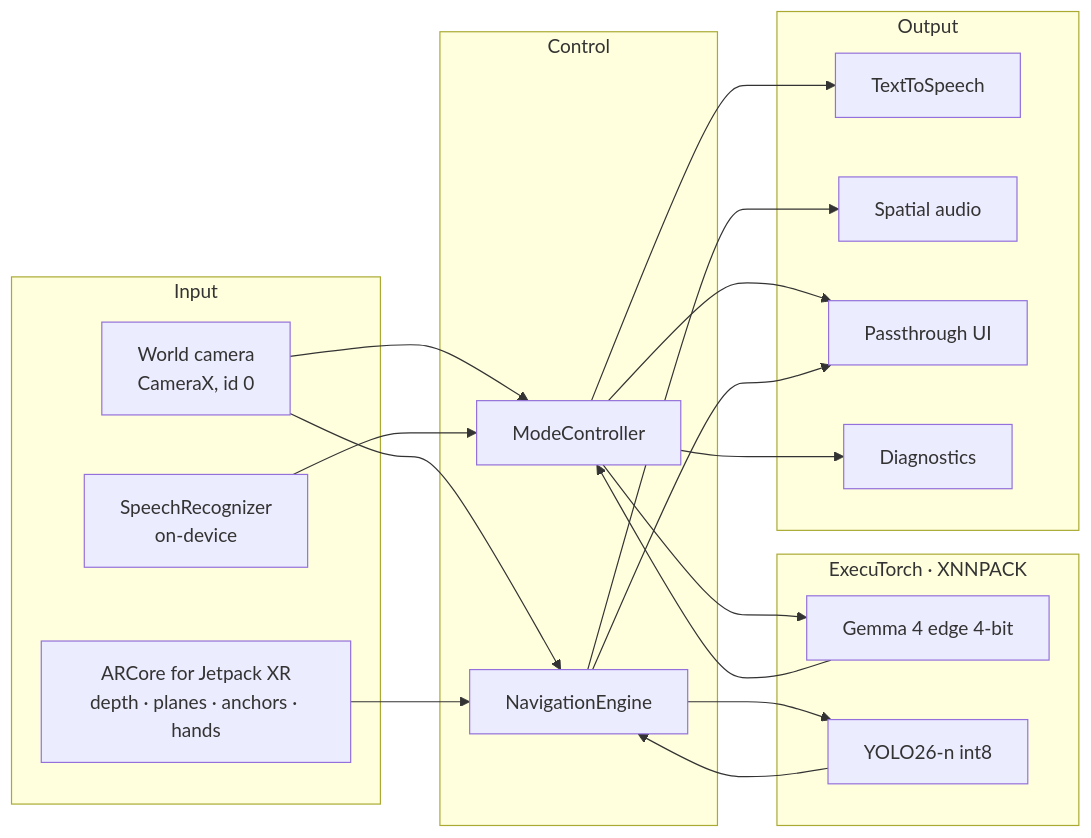
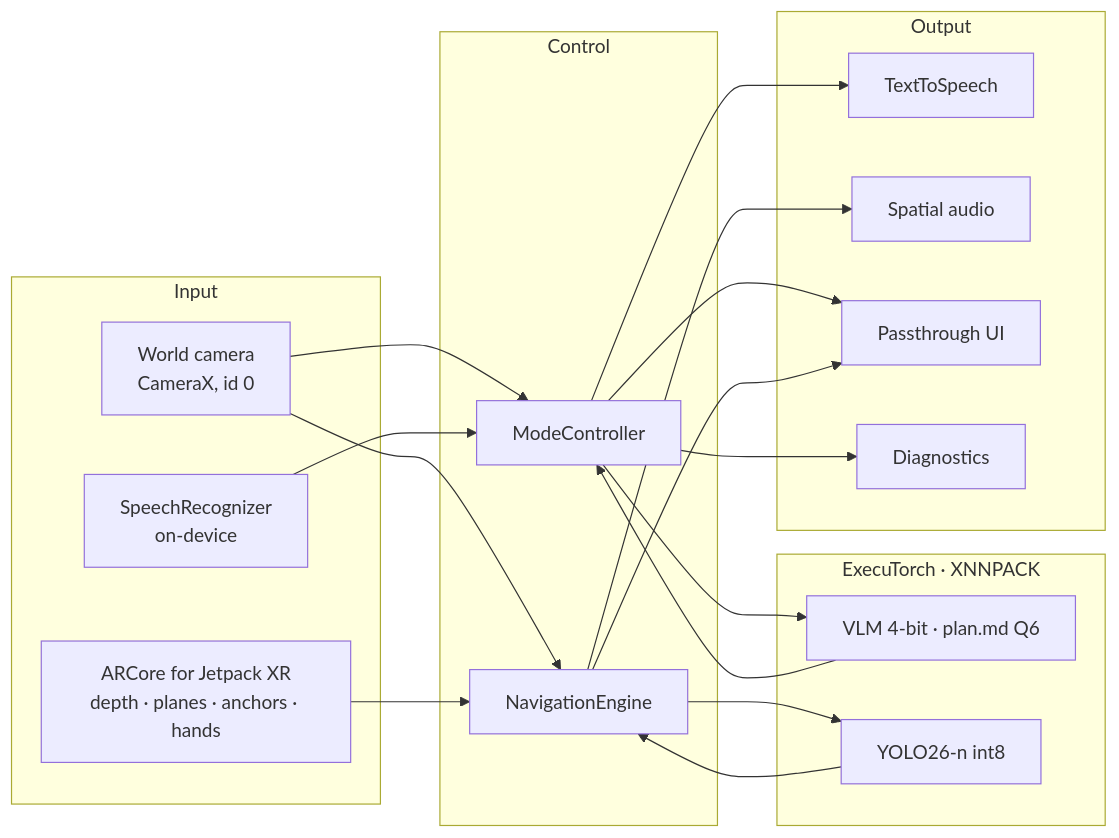
Before and after one commit to Cool-Coder174/vysion-app: the diagram in README.md, drawn with Mermaid. The commit also changed other lines of this file and 83 other files, not shown here.

````diff
--- a/README.md
+++ b/README.md
@@ -33,31 +33,31 @@
 ```mermaid
 flowchart LR
   subgraph Input
     CAM[World camera<br/>CameraX, id 0]
     AR[ARCore for Jetpack XR<br/>depth · planes · anchors · hands]
     SR[SpeechRecognizer<br/>on-device]
   end
   subgraph Control
     MC[ModeController]
     NE[NavigationEngine]
   end
   subgraph ExecuTorch["ExecuTorch · XNNPACK"]
-    VLM[Gemma 4 edge 4-bit]
+    VLM[VLM 4-bit · plan.md Q6]
     DET[YOLO26-n int8]
   end
   subgraph Output
     TTS[TextToSpeech]
     SA[Spatial audio]
     UI[Passthrough UI]
     DX[Diagnostics]
   end
   CAM --> MC --> VLM --> MC
   CAM --> NE --> DET --> NE
   AR --> NE
   SR --> MC
   MC --> TTS
   MC --> UI
   MC --> DX
   NE --> SA
   NE --> UI
 ```
````
